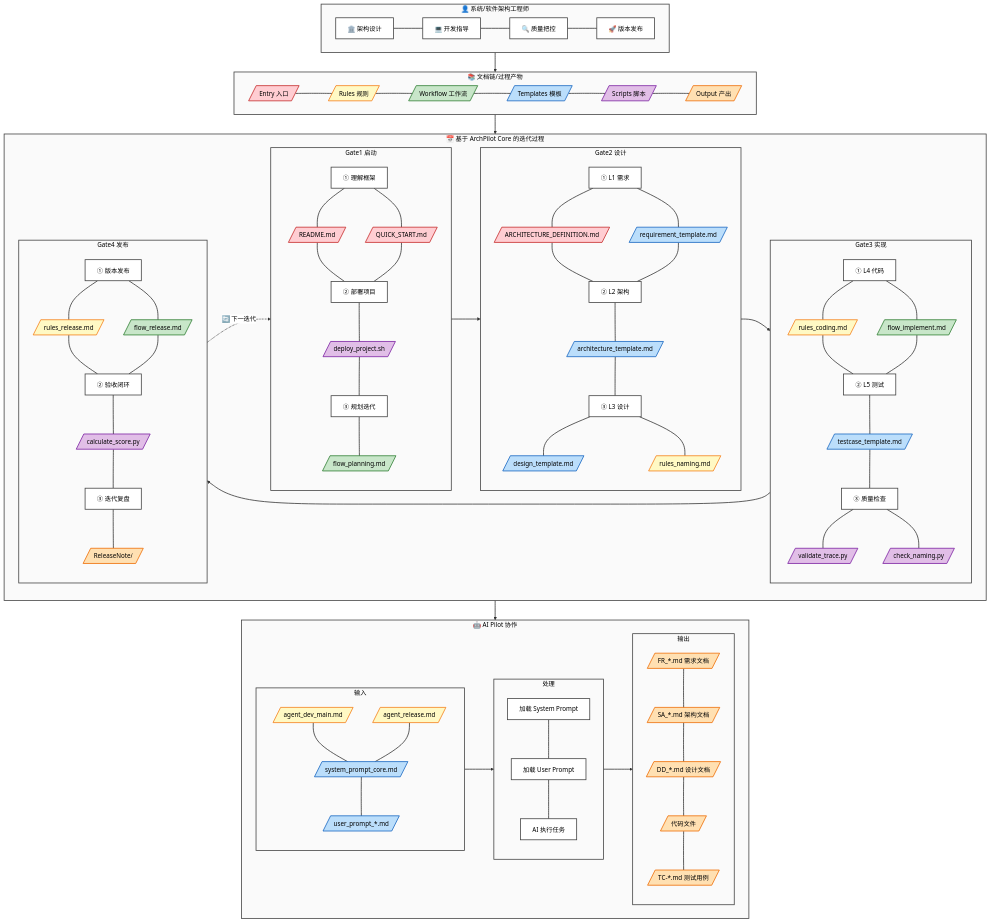
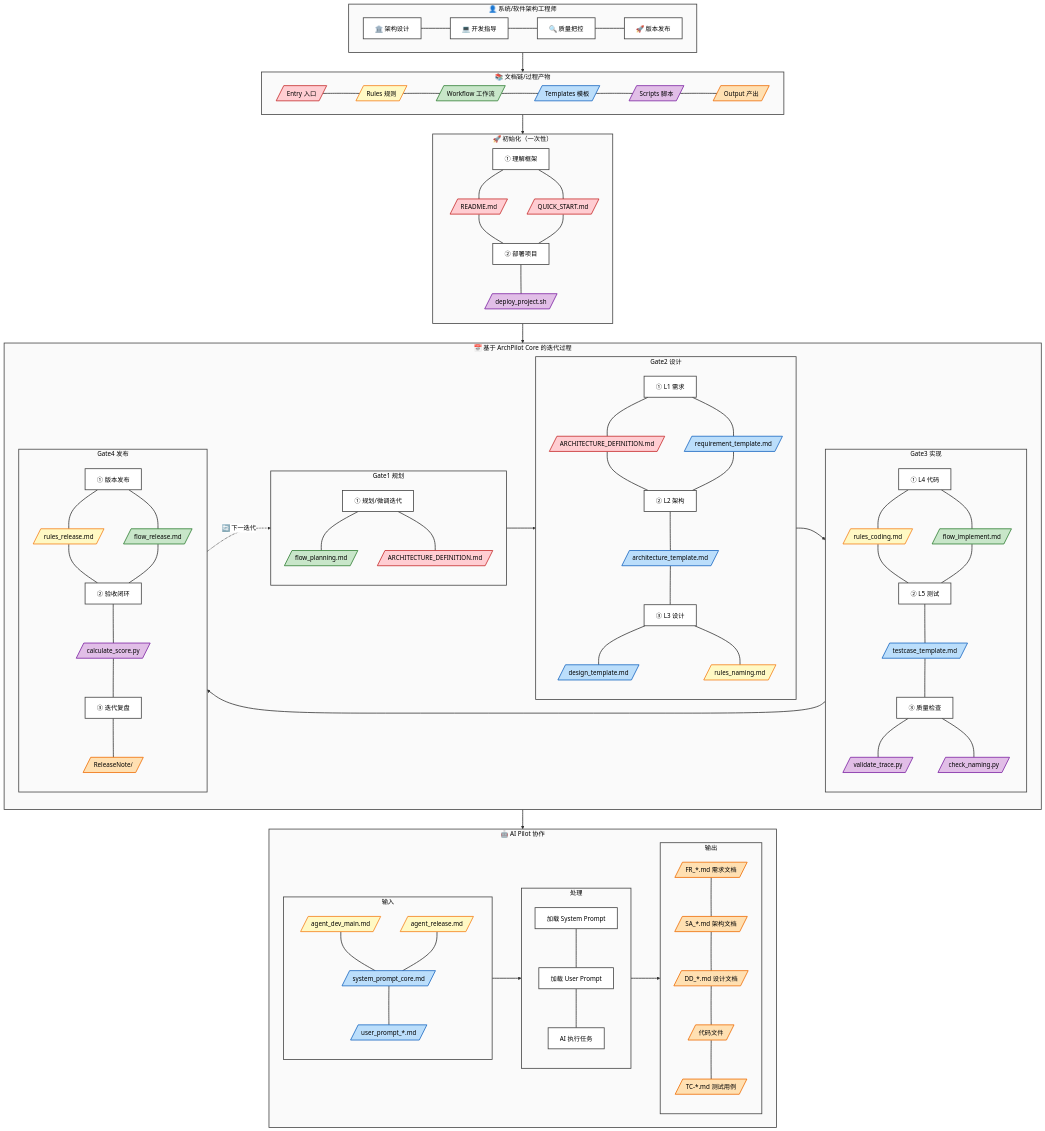
Before and after one commit to lukagithub/archpilot_core: the diagram in Governance/PILOT_GLOBAL_FLOW.mmd, drawn with Mermaid (neutral theme).

Commit message:
refactor: separate Init from iteration cycle Structure changes: - New 'Init' subgraph (one-time setup):   - ① 理解框架: README.md, QUICK_START.md   - ② 部署项目: deploy_project.sh - 'Gate1 启动' renamed to 'Gate1 规划':   - ① 规划/微调迭代: flow_planning.md, ARCHITECTURE_DEFINITION.md   - Can be adjusted in each iteration cycle Flow: Role → Legend → Init → Phases(Gate1→Gate2→Gate3→Gate4) → AI_Pilot                               ↑_________________________↓ (iteration loop) This better reflects the actual workflow: - Init: done once at project start - Gate1-4: repeated in each iteration cycle

```diff
--- a/Governance/PILOT_GLOBAL_FLOW.mmd
+++ b/Governance/PILOT_GLOBAL_FLOW.mmd
@@ -23,24 +23,29 @@
         L1 ~~~ L2 ~~~ L3 ~~~ L4 ~~~ L5 ~~~ L6
     end
 
+    %% ==================== 初始化（仅执行一次） ====================
+    subgraph Init["🚀 初始化（一次性）"]
+        direction TB
+        I1["① 理解框架"]
+        I_D1[/"README.md"/]
+        I_D2[/"QUICK_START.md"/]
+        I2["② 部署项目"]
+        I_D3[/"deploy_project.sh"/]
+        I1 --- I_D1 & I_D2
+        I_D1 & I_D2 --- I2
+        I2 --- I_D3
+    end
+
     %% ==================== Pilot 迭代周期（核心） ====================
     subgraph Phases["📅 基于 ArchPilot Core 的迭代过程"]
         direction LR
 
-        subgraph P1["Gate1 启动"]
+        subgraph P1["Gate1 规划"]
             direction TB
-            P1_S["① 理解框架"]
-            P1_D1[/"README.md"/]
-            P1_D2[/"QUICK_START.md"/]
-            P1_M["② 部署项目"]
-            P1_D3[/"deploy_project.sh"/]
-            P1_E["③ 规划迭代"]
-            P1_D4[/"flow_planning.md"/]
+            P1_S["① 规划/微调迭代"]
+            P1_D1[/"flow_planning.md"/]
+            P1_D2[/"ARCHITECTURE_DEFINITION.md"/]
             P1_S --- P1_D1 & P1_D2
-            P1_D1 & P1_D2 --- P1_M
-            P1_M --- P1_D3
-            P1_D3 --- P1_E
-            P1_E --- P1_D4
         end
 
         subgraph P2["Gate2 设计"]
@@ -136,7 +141,8 @@
 
     %% ==================== 层级连接 ====================
     Role --> Legend
-    Legend --> Phases
+    Legend --> Init
+    Init --> Phases
     Phases --> AI_Pilot
 
     %% ==================== 连线样式（黑色） ====================
@@ -156,10 +162,11 @@
     classDef outputStyle fill:#ffe0b2,stroke:#ef6c00,stroke-width:2px,color:#000
 
     %% 应用样式 - 所有大框统一
-    class Role,Legend,Phases,P1,P2,P3,P4,AI_Pilot,AI_IN,AI_PROC,AI_OUT frameStyle
-    class P1_S,P1_M,P1_E,P2_S,P2_M,P2_E,P3_S,P3_M,P3_E,P4_S,P4_M,P4_E stepStyle
+    class Role,Legend,Init,Phases,P1,P2,P3,P4,AI_Pilot,AI_IN,AI_PROC,AI_OUT frameStyle
+    class P1_S,P2_S,P2_M,P2_E,P3_S,P3_M,P3_E,P4_S,P4_M,P4_E stepStyle
     class AI_P1,AI_P2,AI_P3 stepStyle
     class R1,R2,R3,R4 stepStyle
+    class I1,I2 stepStyle
 
     %% 图例颜色
     class L1 entryStyle
@@ -169,10 +176,13 @@
     class L5 scriptStyle
     class L6 outputStyle
 
-    %% Gate1: Entry(红) + Scripts(紫) + Workflow(绿)
-    class P1_D1,P1_D2 entryStyle
-    class P1_D3 scriptStyle
-    class P1_D4 workflowStyle
+    %% Init: Entry(红) + Scripts(紫)
+    class I_D1,I_D2 entryStyle
+    class I_D3 scriptStyle
+
+    %% Gate1 规划: Workflow(绿) + Entry(红)
+    class P1_D1 workflowStyle
+    class P1_D2 entryStyle
 
     %% Gate2: Entry(红) + Templates(蓝) + Rules(黄)
     class P2_D1 entryStyle
```
